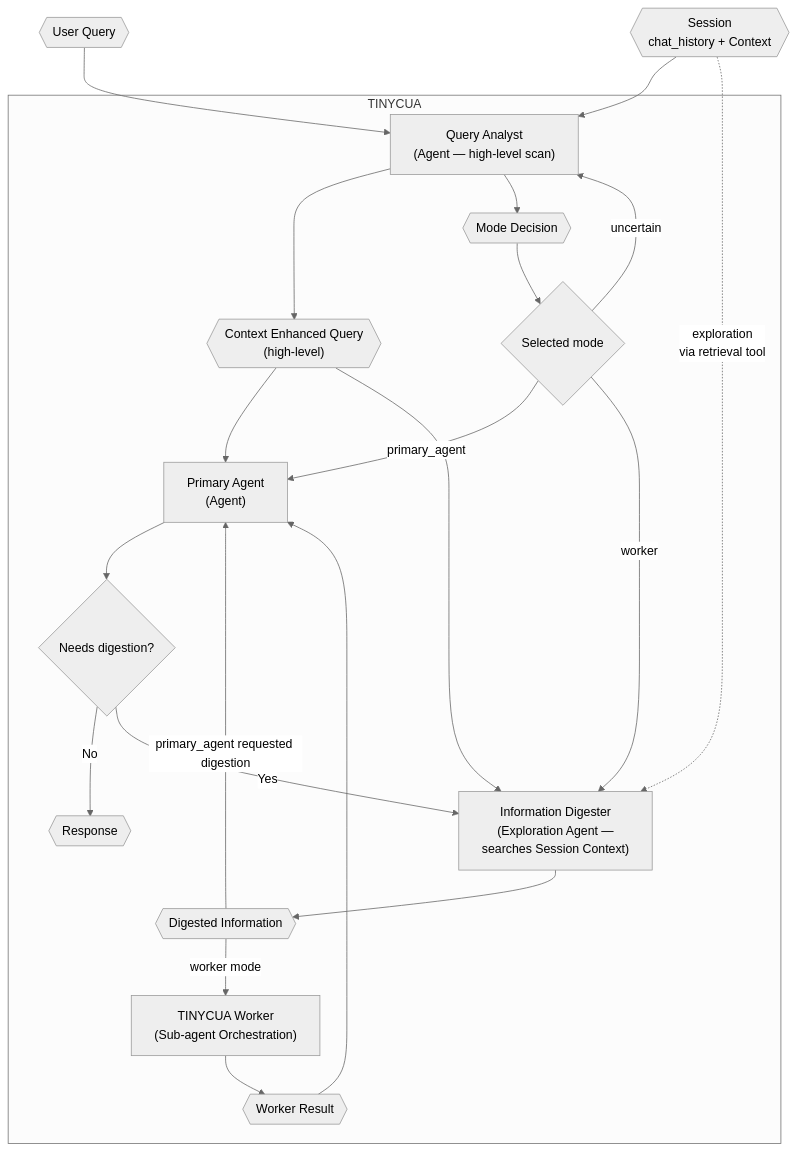
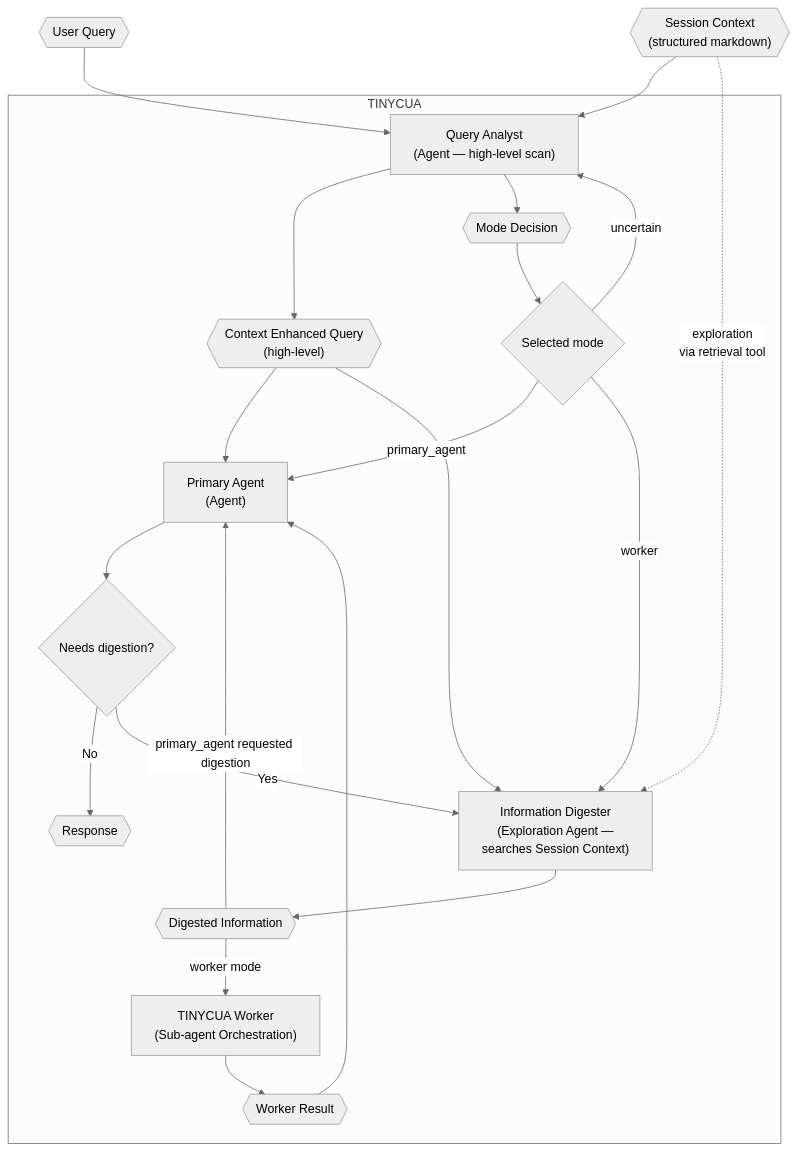
The diagram in src/tinycua/docs/architecture/overview.md (VJyzCELERY/TINYCUA), drawn with Mermaid (neutral theme) before and after one commit. The commit also changed other lines of this file, not shown here.

Commit message:
fix(docs): remove chat_history from overview diagram and key objects
chat_history is a data persistence concern (JSON turn log for auditability),
not something agents interact with. Agents see Session Context (structured
markdown), which is already derived from chat_history. Showing both in the
overview conflated the data layer with the agent interaction layer.

- Renamed FSC node to CTX (Session Context only)
- Removed 'Session chat_history' from Key State Objects list

````diff
--- a/src/tinycua/docs/architecture/overview.md
+++ b/src/tinycua/docs/architecture/overview.md
@@ -34,42 +34,42 @@
 ```mermaid
 flowchart TD
     subgraph TINY["TINYCUA"]
         QA["Query Analyst\n(Agent — high-level scan)"]
         CEQ{{"Context Enhanced Query\n(high-level)"}}
         MD{{"Mode Decision"}}
         ROUTE{"Selected mode"}
         ID["Information Digester\n(Exploration Agent —\nsearches Session Context)"]
         DI{{"Digested Information"}}
         TW["TINYCUA Worker\n(Sub-agent Orchestration)"]
         WR{{"Worker Result"}}
         PA["Primary Agent\n(Agent)"]
         NEED_DIGEST{"Needs digestion?"}
         RESP{{"Response"}}
     end
 
     UQ{{"User Query"}}
-    FSC{{"Session\nchat_history + Context"}}
+    CTX{{"Session Context\n(structured markdown)"}}
 
     UQ --> QA
-    FSC --> QA
+    CTX --> QA
     QA --> CEQ
     QA --> MD
     MD --> ROUTE
 
     ROUTE -->|primary_agent| PA
     CEQ --> PA
     PA --> NEED_DIGEST
     NEED_DIGEST -->|No| RESP
     NEED_DIGEST -->|Yes| ID
 
     ROUTE -->|worker| ID
     CEQ --> ID
-    FSC -. "exploration\nvia retrieval tool" .-> ID
+    CTX -. "exploration\nvia retrieval tool" .-> ID
     ID --> DI
     DI -->|primary_agent requested digestion| PA
     DI -->|worker mode| TW
     TW --> WR
     WR --> PA
 
     ROUTE -->|uncertain| QA
 ```
````
